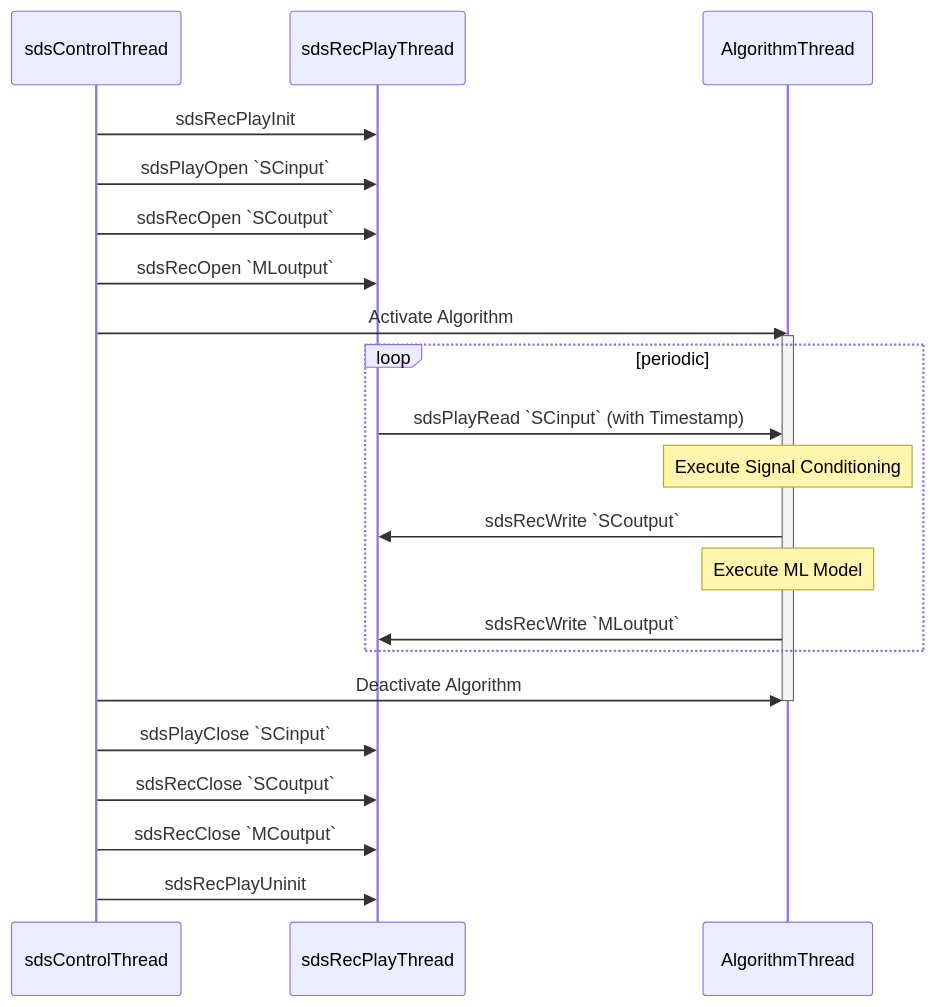
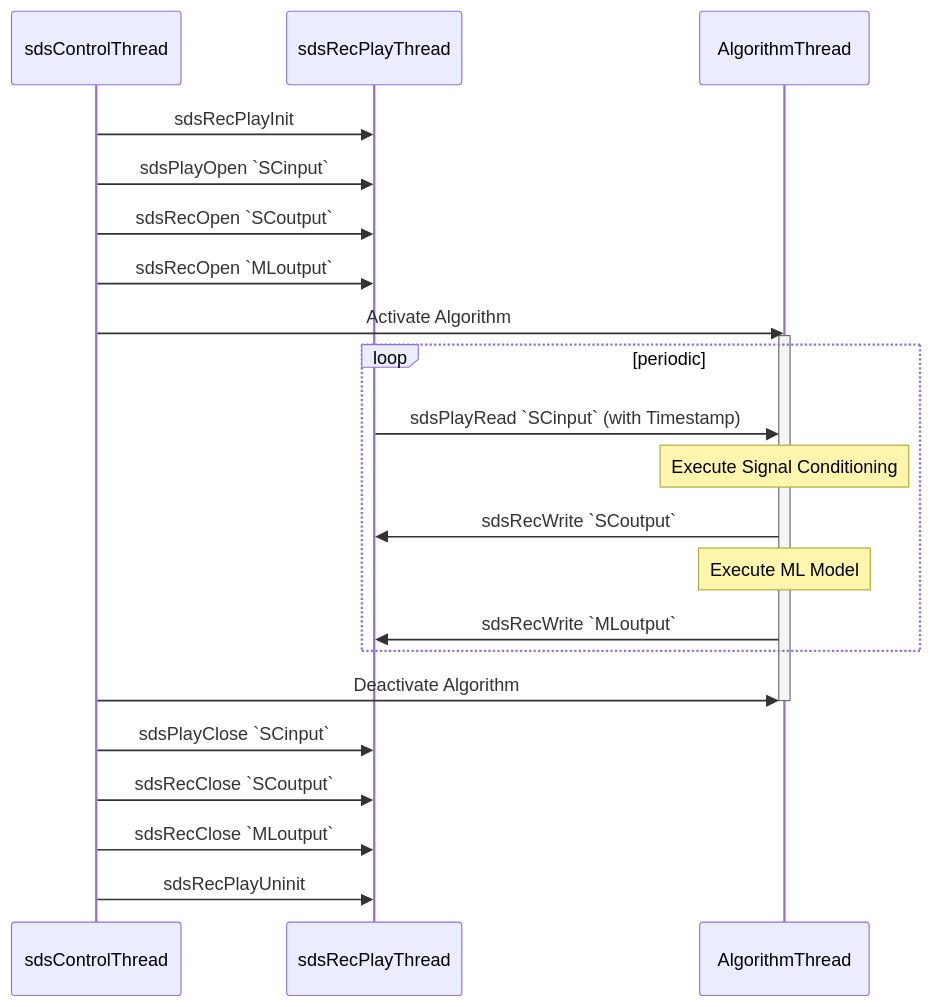
The first of 3 diagrams in documentation/theory.md (ARM-software/SDS-Framework), drawn with Mermaid before and after one commit.

Commit message:
Update documentation (correct typo) (#117)

````diff
--- a/documentation/theory.md
+++ b/documentation/theory.md
@@ -24,25 +24,25 @@
 ```mermaid
 sequenceDiagram
     participant sdsControlThread
     participant sdsRecPlayThread
     participant AlgorithmThread
     sdsControlThread->>sdsRecPlayThread: sdsRecPlayInit
     sdsControlThread->>sdsRecPlayThread: sdsPlayOpen `SCinput`
     sdsControlThread->>sdsRecPlayThread: sdsRecOpen `SCoutput`
     sdsControlThread->>sdsRecPlayThread: sdsRecOpen `MLoutput`
     sdsControlThread->>AlgorithmThread: Activate Algorithm
     Activate AlgorithmThread
     loop periodic
         sdsRecPlayThread->>AlgorithmThread: sdsPlayRead `SCinput` (with Timestamp)
         Note over AlgorithmThread: Execute Signal Conditioning
         AlgorithmThread->>sdsRecPlayThread: sdsRecWrite `SCoutput`
         Note over AlgorithmThread: Execute ML Model
         AlgorithmThread->>sdsRecPlayThread: sdsRecWrite `MLoutput`
     end
     sdsControlThread->>AlgorithmThread: Deactivate Algorithm
     Deactivate AlgorithmThread
     sdsControlThread->>sdsRecPlayThread: sdsPlayClose `SCinput`
     sdsControlThread->>sdsRecPlayThread: sdsRecClose `SCoutput`
-    sdsControlThread->>sdsRecPlayThread: sdsRecClose `MCoutput`
+    sdsControlThread->>sdsRecPlayThread: sdsRecClose `MLoutput`
     sdsControlThread->>sdsRecPlayThread: sdsRecPlayUninit
 ```
````
